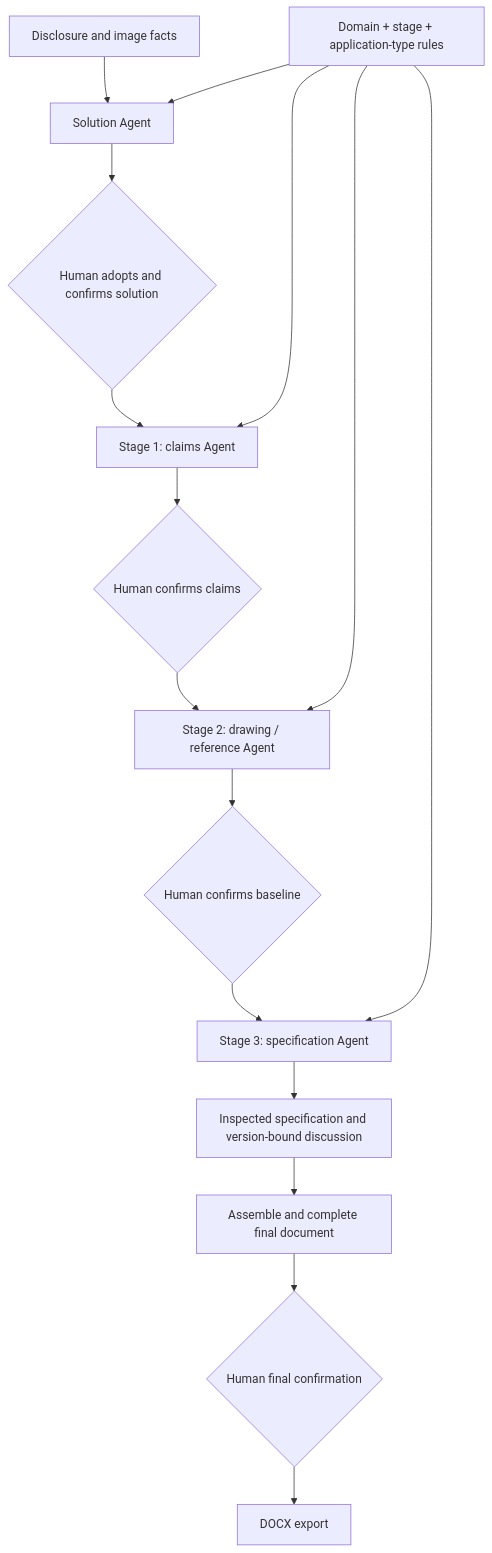
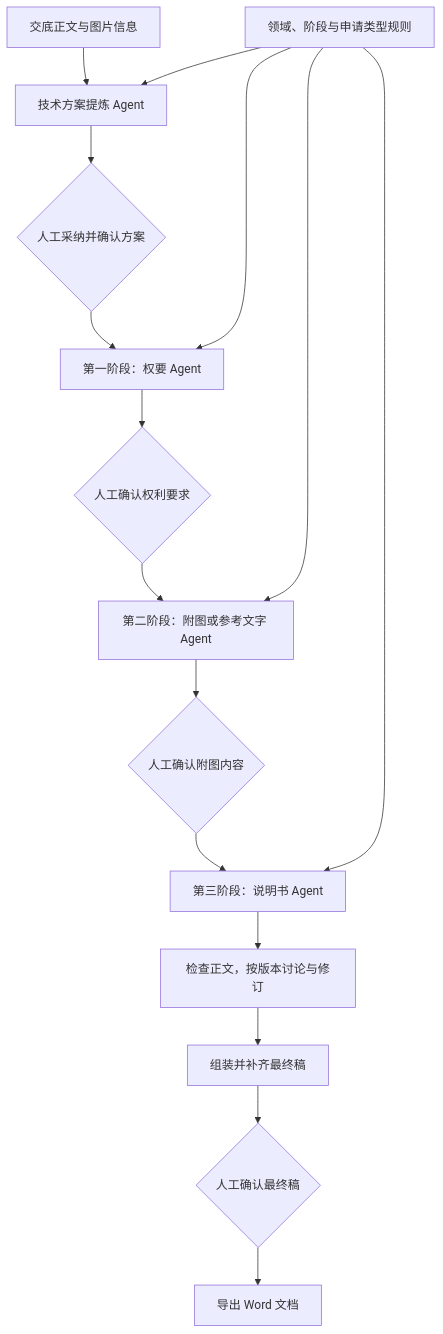
The second of 3 diagrams in docs/TECHNICAL_ARCHITECTURE.md (orphanwarrior/028-ttc-showcase), drawn with Mermaid before and after one commit. The commit also changed other lines of this file and 7 other files, not shown here.

Commit message:
把项目介绍、使用说明和架构图改为中文

````diff
--- a/docs/TECHNICAL_ARCHITECTURE.md
+++ b/docs/TECHNICAL_ARCHITECTURE.md
@@ -34,18 +38,18 @@
 ```mermaid
 flowchart TD
-  S["Disclosure and image facts"] --> SOL["Solution Agent"]
-  SOL --> HS{"Human adopts and confirms solution"}
-  HS --> C["Stage 1: claims Agent"]
-  C --> HC{"Human confirms claims"}
-  HC --> D["Stage 2: drawing / reference Agent"]
-  D --> HD{"Human confirms baseline"}
-  HD --> E["Stage 3: specification Agent"]
-  E --> P["Inspected specification and version-bound discussion"]
-  P --> F["Assemble and complete final document"]
-  F --> HF{"Human final confirmation"}
-  HF --> X["DOCX export"]
-  R["Domain + stage + application-type rules"] --> SOL
+  S["交底正文与图片信息"] --> SOL["技术方案提炼 Agent"]
+  SOL --> HS{"人工采纳并确认方案"}
+  HS --> C["第一阶段：权要 Agent"]
+  C --> HC{"人工确认权利要求"}
+  HC --> D["第二阶段：附图或参考文字 Agent"]
+  D --> HD{"人工确认附图内容"}
+  HD --> E["第三阶段：说明书 Agent"]
+  E --> P["检查正文，按版本讨论与修订"]
+  P --> F["组装并补齐最终稿"]
+  F --> HF{"人工确认最终稿"}
+  HF --> X["导出 Word 文档"]
+  R["领域、阶段与申请类型规则"] --> SOL
   R --> C
   R --> D
   R --> E
 ```
````
